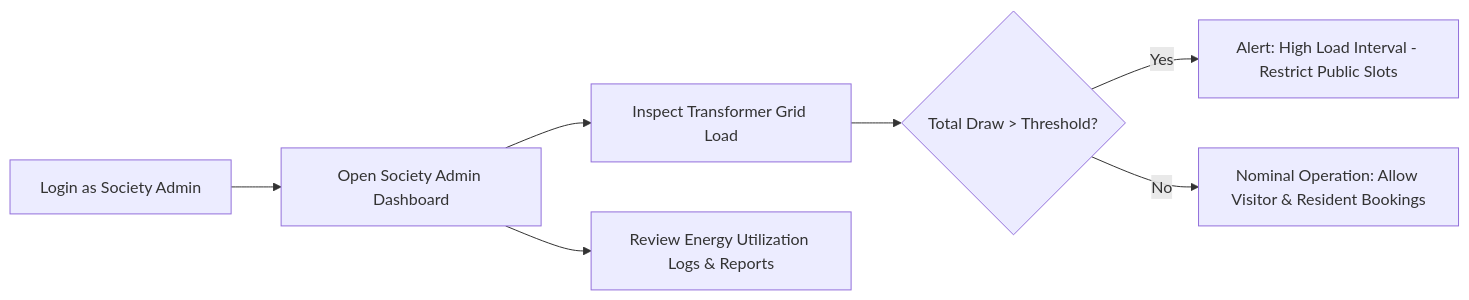
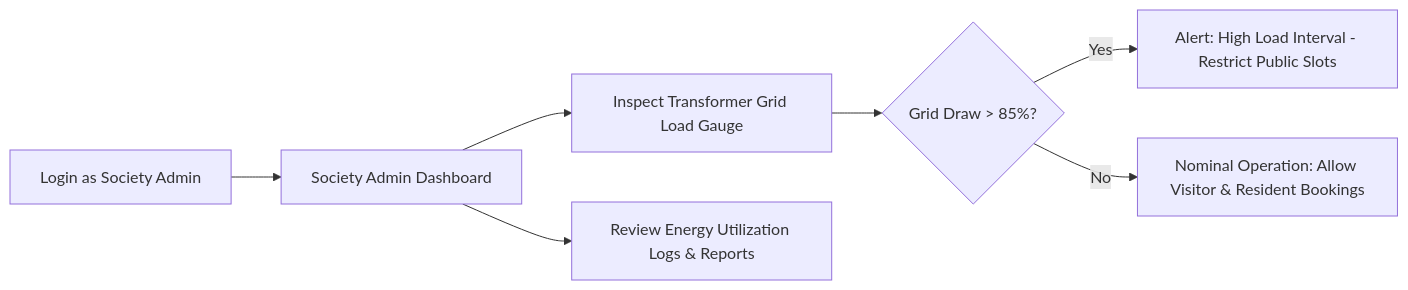
Before and after one commit to jahnavireddy18/Voltshare: the third of 4 diagrams in README.md, drawn with Mermaid. The commit also changed other lines of this file, not shown here.

Commit message:
docs: prize-winning README with zero-friction demo login guide & feature matrix

````diff
--- a/README.md
+++ b/README.md
@@ -164,9 +158,9 @@
 ```mermaid
 flowchart LR
-    A[Login as Society Admin] --> B[Open Society Admin Dashboard]
-    B --> C[Inspect Transformer Grid Load]
-    C --> D{Total Draw > Threshold?}
+    A[Login as Society Admin] --> B[Society Admin Dashboard]
+    B --> C[Inspect Transformer Grid Load Gauge]
+    C --> D{Grid Draw > 85%?}
     D -->|Yes| E[Alert: High Load Interval - Restrict Public Slots]
     D -->|No| F[Nominal Operation: Allow Visitor & Resident Bookings]
     B --> G[Review Energy Utilization Logs & Reports]
 ```
````
